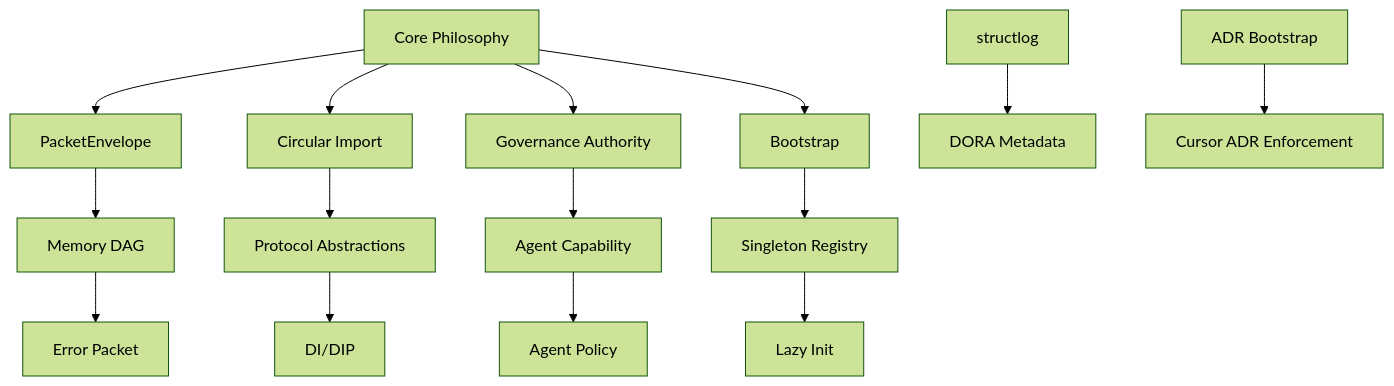
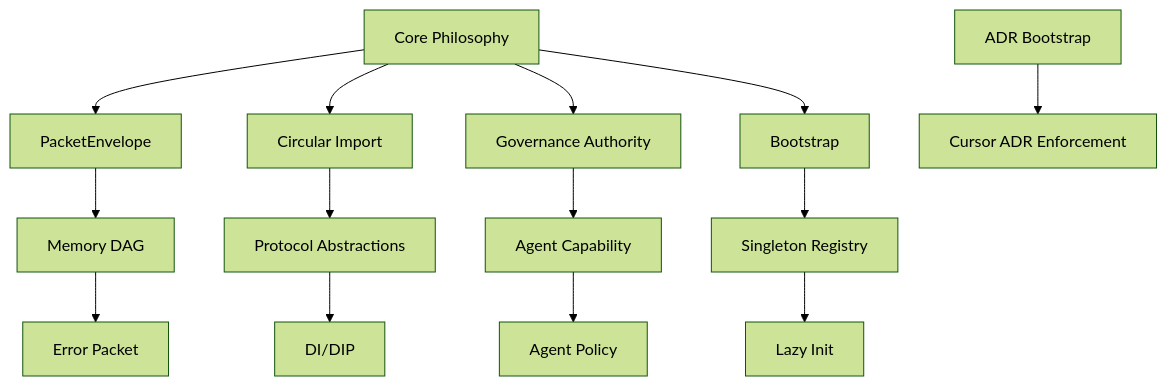
One commit to Quantum-L9/L9_Original_Repo changed the diagram in readme/adr/README.md. Above: the diagram before and after it, drawn with Mermaid (forest theme). The commit also changed other lines of this file and 1586 other files, not shown here.

````diff
--- a/readme/adr/README.md
+++ b/readme/adr/README.md
@@ -53,17 +52,16 @@
 ```mermaid
 graph TD
     0000[Core Philosophy] --> 0006[PacketEnvelope]
     0006 --> 0012[Memory DAG]
     0012 --> 0023[Error Packet]
     0000 --> 0002[Circular Import]
     0002 --> 0026[Protocol Abstractions]
     0026 --> 0052[DI/DIP]
     0000 --> 0013[Governance Authority]
     0013 --> 0034[Agent Capability]
     0034 --> 0044[Agent Policy]
     0000 --> 0007[Bootstrap]
     0007 --> 0004[Singleton Registry]
     0004 --> 0011[Lazy Init]
-    0019[structlog] --> 0014[DORA Metadata]
     0035[ADR Bootstrap] --> 0065[Cursor ADR Enforcement]
 ```
````
